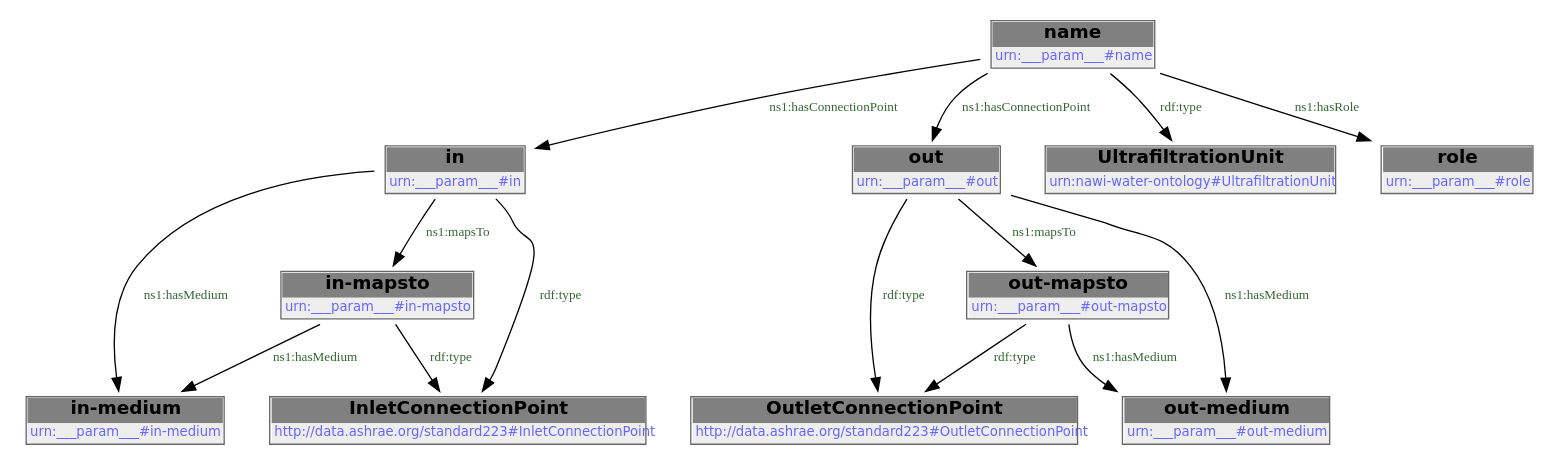
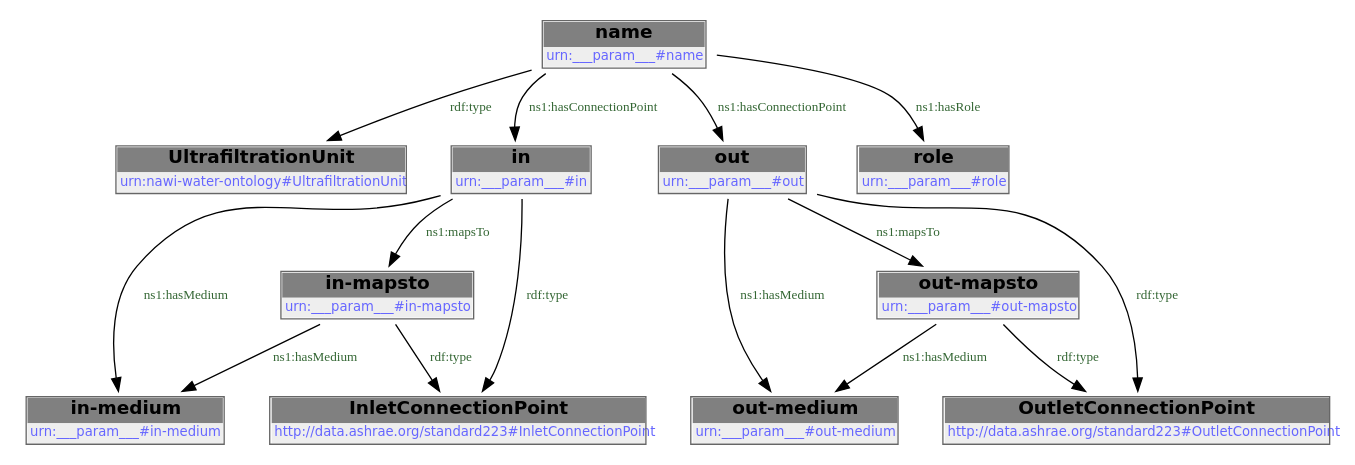
The second of 2 diagrams in docs/libraries/templates/uf-unit.rst (DataDrivenCPS/water-ontology), drawn with Graphviz before and after one commit. The commit also changed other lines of this file and 33 other files, not shown here.

```diff
--- a/docs/libraries/templates/uf-unit.rst
+++ b/docs/libraries/templates/uf-unit.rst
@@ -96,30 +96,30 @@
         .. graphviz::
 
                 digraph G {
             node [fontname="DejaVu Sans"];
             node0 -> node1 [color=BLACK, label=< <font point-size='10' color='#336633'>ns1:hasMedium</font> >];
-            node0 -> node2 [color=BLACK, label=< <font point-size='10' color='#336633'>ns1:mapsTo</font> >];
-            node3 -> node4 [color=BLACK, label=< <font point-size='10' color='#336633'>rdf:type</font> >];
-            node5 -> node0 [color=BLACK, label=< <font point-size='10' color='#336633'>ns1:hasConnectionPoint</font> >];
-            node6 -> node7 [color=BLACK, label=< <font point-size='10' color='#336633'>ns1:hasMedium</font> >];
-            node6 -> node3 [color=BLACK, label=< <font point-size='10' color='#336633'>ns1:mapsTo</font> >];
-            node2 -> node1 [color=BLACK, label=< <font point-size='10' color='#336633'>ns1:hasMedium</font> >];
-            node3 -> node7 [color=BLACK, label=< <font point-size='10' color='#336633'>ns1:hasMedium</font> >];
-            node0 -> node8 [color=BLACK, label=< <font point-size='10' color='#336633'>rdf:type</font> >];
-            node5 -> node6 [color=BLACK, label=< <font point-size='10' color='#336633'>ns1:hasConnectionPoint</font> >];
-            node6 -> node4 [color=BLACK, label=< <font point-size='10' color='#336633'>rdf:type</font> >];
-            node5 -> node9 [color=BLACK, label=< <font point-size='10' color='#336633'>rdf:type</font> >];
-            node2 -> node8 [color=BLACK, label=< <font point-size='10' color='#336633'>rdf:type</font> >];
-            node5 -> node10 [color=BLACK, label=< <font point-size='10' color='#336633'>ns1:hasRole</font> >];
-            node0 [shape=none, color=black, label=< <table color='#666666' cellborder='0' cellspacing='0' border='1'><tr><td colspan='2' bgcolor='grey'><B>in</B></td></tr><tr><td href='urn:___param___#in' bgcolor='#eeeeee' colspan='2'><font point-size='10' color='#6666ff'>urn:___param___#in</font></td></tr></table> >];
-            node1 [shape=none, color=black, label=< <table color='#666666' cellborder='0' cellspacing='0' border='1'><tr><td colspan='2' bgcolor='grey'><B>in-medium</B></td></tr><tr><td href='urn:___param___#in-medium' bgcolor='#eeeeee' colspan='2'><font point-size='10' color='#6666ff'>urn:___param___#in-medium</font></td></tr></table> >];
-            node2 [shape=none, color=black, label=< <table color='#666666' cellborder='0' cellspacing='0' border='1'><tr><td colspan='2' bgcolor='grey'><B>in-mapsto</B></td></tr><tr><td href='urn:___param___#in-mapsto' bgcolor='#eeeeee' colspan='2'><font point-size='10' color='#6666ff'>urn:___param___#in-mapsto</font></td></tr></table> >];
-            node3 [shape=none, color=black, label=< <table color='#666666' cellborder='0' cellspacing='0' border='1'><tr><td colspan='2' bgcolor='grey'><B>out-mapsto</B></td></tr><tr><td href='urn:___param___#out-mapsto' bgcolor='#eeeeee' colspan='2'><font point-size='10' color='#6666ff'>urn:___param___#out-mapsto</font></td></tr></table> >];
-            node4 [shape=none, color=black, label=< <table color='#666666' cellborder='0' cellspacing='0' border='1'><tr><td colspan='2' bgcolor='grey'><B>OutletConnectionPoint</B></td></tr><tr><td href='http://data.ashrae.org/standard223#OutletConnectionPoint' bgcolor='#eeeeee' colspan='2'><font point-size='10' color='#6666ff'>http://data.ashrae.org/standard223#OutletConnectionPoint</font></td></tr></table> >];
-            node5 [shape=none, color=black, label=< <table color='#666666' cellborder='0' cellspacing='0' border='1'><tr><td colspan='2' bgcolor='grey'><B>name</B></td></tr><tr><td href='urn:___param___#name' bgcolor='#eeeeee' colspan='2'><font point-size='10' color='#6666ff'>urn:___param___#name</font></td></tr></table> >];
+            node2 -> node3 [color=BLACK, label=< <font point-size='10' color='#336633'>rdf:type</font> >];
+            node4 -> node5 [color=BLACK, label=< <font point-size='10' color='#336633'>ns1:hasMedium</font> >];
+            node2 -> node6 [color=BLACK, label=< <font point-size='10' color='#336633'>ns1:hasConnectionPoint</font> >];
+            node2 -> node4 [color=BLACK, label=< <font point-size='10' color='#336633'>ns1:hasConnectionPoint</font> >];
+            node7 -> node5 [color=BLACK, label=< <font point-size='10' color='#336633'>ns1:hasMedium</font> >];
+            node2 -> node8 [color=BLACK, label=< <font point-size='10' color='#336633'>ns1:hasRole</font> >];
+            node6 -> node1 [color=BLACK, label=< <font point-size='10' color='#336633'>ns1:hasMedium</font> >];
+            node6 -> node0 [color=BLACK, label=< <font point-size='10' color='#336633'>ns1:mapsTo</font> >];
+            node4 -> node9 [color=BLACK, label=< <font point-size='10' color='#336633'>rdf:type</font> >];
+            node0 -> node10 [color=BLACK, label=< <font point-size='10' color='#336633'>rdf:type</font> >];
+            node7 -> node9 [color=BLACK, label=< <font point-size='10' color='#336633'>rdf:type</font> >];
+            node4 -> node7 [color=BLACK, label=< <font point-size='10' color='#336633'>ns1:mapsTo</font> >];
+            node6 -> node10 [color=BLACK, label=< <font point-size='10' color='#336633'>rdf:type</font> >];
+            node0 [shape=none, color=black, label=< <table color='#666666' cellborder='0' cellspacing='0' border='1'><tr><td colspan='2' bgcolor='grey'><B>out-mapsto</B></td></tr><tr><td href='urn:___param___#out-mapsto' bgcolor='#eeeeee' colspan='2'><font point-size='10' color='#6666ff'>urn:___param___#out-mapsto</font></td></tr></table> >];
+            node1 [shape=none, color=black, label=< <table color='#666666' cellborder='0' cellspacing='0' border='1'><tr><td colspan='2' bgcolor='grey'><B>out-medium</B></td></tr><tr><td href='urn:___param___#out-medium' bgcolor='#eeeeee' colspan='2'><font point-size='10' color='#6666ff'>urn:___param___#out-medium</font></td></tr></table> >];
+            node2 [shape=none, color=black, label=< <table color='#666666' cellborder='0' cellspacing='0' border='1'><tr><td colspan='2' bgcolor='grey'><B>name</B></td></tr><tr><td href='urn:___param___#name' bgcolor='#eeeeee' colspan='2'><font point-size='10' color='#6666ff'>urn:___param___#name</font></td></tr></table> >];
+            node3 [shape=none, color=black, label=< <table color='#666666' cellborder='0' cellspacing='0' border='1'><tr><td colspan='2' bgcolor='grey'><B>UltrafiltrationUnit</B></td></tr><tr><td href='urn:nawi-water-ontology#UltrafiltrationUnit' bgcolor='#eeeeee' colspan='2'><font point-size='10' color='#6666ff'>urn:nawi-water-ontology#UltrafiltrationUnit</font></td></tr></table> >];
+            node4 [shape=none, color=black, label=< <table color='#666666' cellborder='0' cellspacing='0' border='1'><tr><td colspan='2' bgcolor='grey'><B>in</B></td></tr><tr><td href='urn:___param___#in' bgcolor='#eeeeee' colspan='2'><font point-size='10' color='#6666ff'>urn:___param___#in</font></td></tr></table> >];
+            node5 [shape=none, color=black, label=< <table color='#666666' cellborder='0' cellspacing='0' border='1'><tr><td colspan='2' bgcolor='grey'><B>in-medium</B></td></tr><tr><td href='urn:___param___#in-medium' bgcolor='#eeeeee' colspan='2'><font point-size='10' color='#6666ff'>urn:___param___#in-medium</font></td></tr></table> >];
             node6 [shape=none, color=black, label=< <table color='#666666' cellborder='0' cellspacing='0' border='1'><tr><td colspan='2' bgcolor='grey'><B>out</B></td></tr><tr><td href='urn:___param___#out' bgcolor='#eeeeee' colspan='2'><font point-size='10' color='#6666ff'>urn:___param___#out</font></td></tr></table> >];
-            node7 [shape=none, color=black, label=< <table color='#666666' cellborder='0' cellspacing='0' border='1'><tr><td colspan='2' bgcolor='grey'><B>out-medium</B></td></tr><tr><td href='urn:___param___#out-medium' bgcolor='#eeeeee' colspan='2'><font point-size='10' color='#6666ff'>urn:___param___#out-medium</font></td></tr></table> >];
-            node8 [shape=none, color=black, label=< <table color='#666666' cellborder='0' cellspacing='0' border='1'><tr><td colspan='2' bgcolor='grey'><B>InletConnectionPoint</B></td></tr><tr><td href='http://data.ashrae.org/standard223#InletConnectionPoint' bgcolor='#eeeeee' colspan='2'><font point-size='10' color='#6666ff'>http://data.ashrae.org/standard223#InletConnectionPoint</font></td></tr></table> >];
-            node9 [shape=none, color=black, label=< <table color='#666666' cellborder='0' cellspacing='0' border='1'><tr><td colspan='2' bgcolor='grey'><B>UltrafiltrationUnit</B></td></tr><tr><td href='urn:nawi-water-ontology#UltrafiltrationUnit' bgcolor='#eeeeee' colspan='2'><font point-size='10' color='#6666ff'>urn:nawi-water-ontology#UltrafiltrationUnit</font></td></tr></table> >];
-            node10 [shape=none, color=black, label=< <table color='#666666' cellborder='0' cellspacing='0' border='1'><tr><td colspan='2' bgcolor='grey'><B>role</B></td></tr><tr><td href='urn:___param___#role' bgcolor='#eeeeee' colspan='2'><font point-size='10' color='#6666ff'>urn:___param___#role</font></td></tr></table> >];
+            node7 [shape=none, color=black, label=< <table color='#666666' cellborder='0' cellspacing='0' border='1'><tr><td colspan='2' bgcolor='grey'><B>in-mapsto</B></td></tr><tr><td href='urn:___param___#in-mapsto' bgcolor='#eeeeee' colspan='2'><font point-size='10' color='#6666ff'>urn:___param___#in-mapsto</font></td></tr></table> >];
+            node8 [shape=none, color=black, label=< <table color='#666666' cellborder='0' cellspacing='0' border='1'><tr><td colspan='2' bgcolor='grey'><B>role</B></td></tr><tr><td href='urn:___param___#role' bgcolor='#eeeeee' colspan='2'><font point-size='10' color='#6666ff'>urn:___param___#role</font></td></tr></table> >];
+            node9 [shape=none, color=black, label=< <table color='#666666' cellborder='0' cellspacing='0' border='1'><tr><td colspan='2' bgcolor='grey'><B>InletConnectionPoint</B></td></tr><tr><td href='http://data.ashrae.org/standard223#InletConnectionPoint' bgcolor='#eeeeee' colspan='2'><font point-size='10' color='#6666ff'>http://data.ashrae.org/standard223#InletConnectionPoint</font></td></tr></table> >];
+            node10 [shape=none, color=black, label=< <table color='#666666' cellborder='0' cellspacing='0' border='1'><tr><td colspan='2' bgcolor='grey'><B>OutletConnectionPoint</B></td></tr><tr><td href='http://data.ashrae.org/standard223#OutletConnectionPoint' bgcolor='#eeeeee' colspan='2'><font point-size='10' color='#6666ff'>http://data.ashrae.org/standard223#OutletConnectionPoint</font></td></tr></table> >];
             }
```
